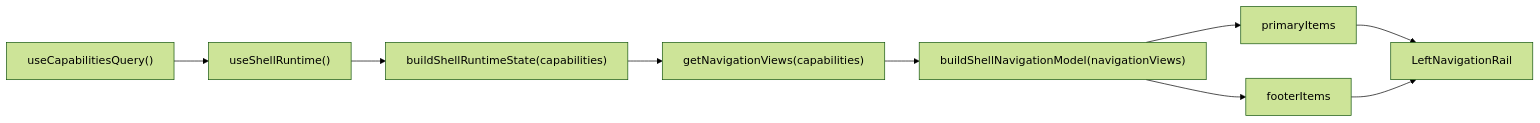
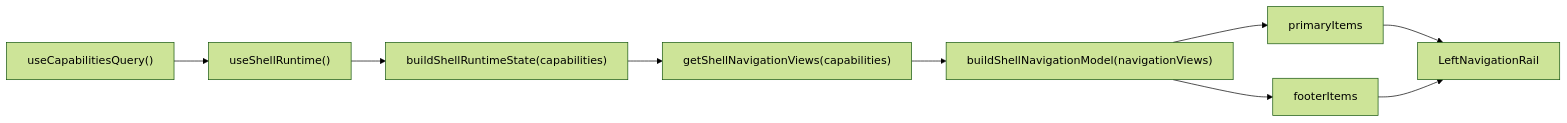
The second of 6 diagrams in docs/architecture/components/web/appshell/app-shell.md (dunay2/dvt), drawn with Mermaid (forest theme) before and after one commit. The commit also changed other lines of this file and 6 other files, not shown here.

````diff
--- a/docs/architecture/components/web/appshell/app-shell.md
+++ b/docs/architecture/components/web/appshell/app-shell.md
@@ -67,11 +67,11 @@
 ```mermaid
 flowchart LR
   Query["useCapabilitiesQuery()"] --> Runtime["useShellRuntime()"]
   Runtime --> State["buildShellRuntimeState(capabilities)"]
-  State --> Views["getNavigationViews(capabilities)"]
+  State --> Views["getShellNavigationViews(capabilities)"]
   Views --> Model["buildShellNavigationModel(navigationViews)"]
   Model --> Primary["primaryItems"]
   Model --> Footer["footerItems"]
   Primary --> Rail["LeftNavigationRail"]
   Footer --> Rail
 ```
````
